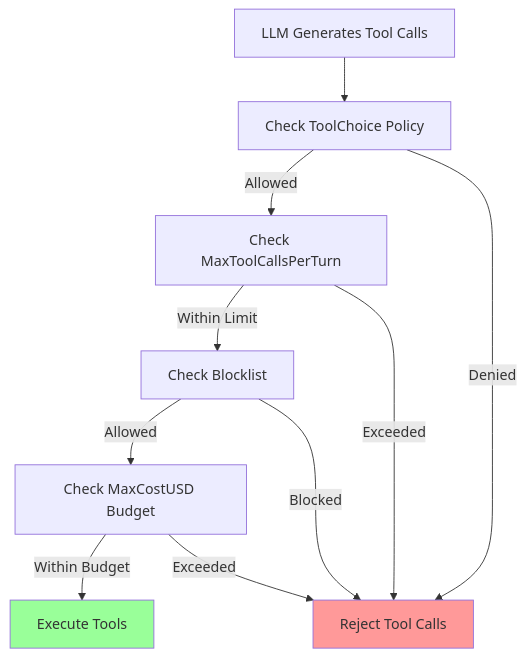
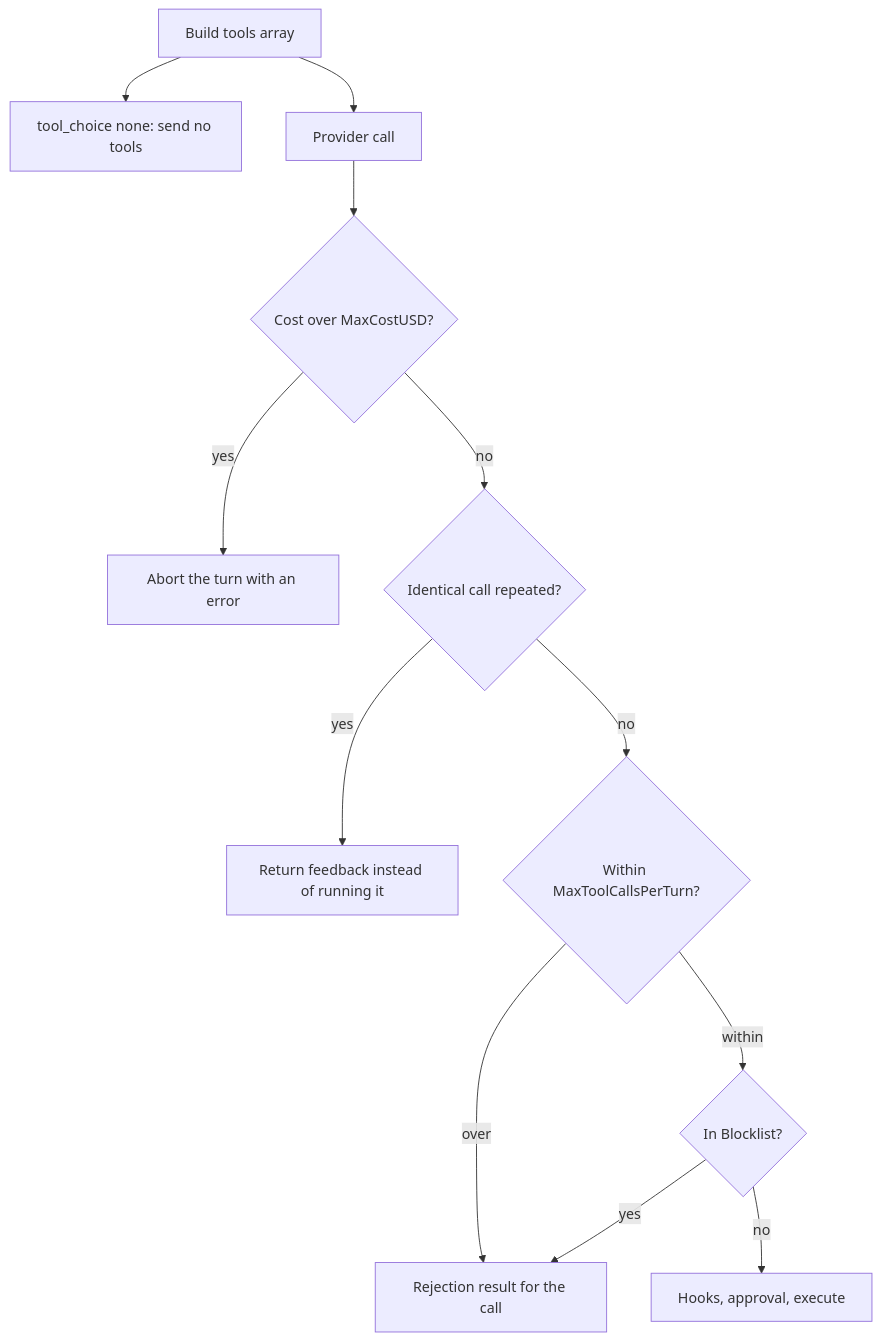
Before and after one commit to AltairaLabs/PromptKit: the fifth of 5 diagrams in docs/src/content/docs/architecture/runtime-tools-mcp.md, drawn with Mermaid. The commit also changed other lines of this file and 35 other files, not shown here.

First line of the commit message:
docs: review the explanation and architecture pages against the code (#2343)

````diff
--- a/docs/src/content/docs/architecture/runtime-tools-mcp.md
+++ b/docs/src/content/docs/architecture/runtime-tools-mcp.md
@@ -703,23 +204,26 @@
 ```mermaid
 graph TD
-    Request["LLM Generates Tool Calls"]
-    CheckChoice["Check ToolChoice Policy"]
-    CheckCount["Check MaxToolCallsPerTurn"]
-    CheckBlocklist["Check Blocklist"]
-    CheckCost["Check MaxCostUSD Budget"]
-    Execute["Execute Tools"]
-    Reject["Reject Tool Calls"]
+    Build["Build tools array"]
+    None["tool_choice none: send no tools"]
+    Call["Provider call"]
+    Cost{"Cost over MaxCostUSD?"}
+    Abort["Abort the turn with an error"]
+    Ident{"Identical call repeated?"}
+    Nudge["Return feedback instead of running it"]
+    Budget{"Within MaxToolCallsPerTurn?"}
+    Block{"In Blocklist?"}
+    Reject["Rejection result for the call"]
+    Run["Hooks, approval, execute"]
 
-    Request --> CheckChoice
-    CheckChoice -->|Allowed| CheckCount
-    CheckChoice -->|Denied| Reject
-    CheckCount -->|Within Limit| CheckBlocklist
-    CheckCount -->|Exceeded| Reject
-    CheckBlocklist -->|Allowed| CheckCost
-    CheckBlocklist -->|Blocked| Reject
-    CheckCost -->|Within Budget| Execute
-    CheckCost -->|Exceeded| Reject
-
-    style Execute fill:#9f9
-    style Reject fill:#f99
+    Build --> None
+    Build --> Call
+    Call --> Cost
+    Cost -->|yes| Abort
+    Cost -->|no| Ident
+    Ident -->|yes| Nudge
+    Ident -->|no| Budget
+    Budget -->|over| Reject
+    Budget -->|within| Block
+    Block -->|yes| Reject
+    Block -->|no| Run
 ```
````
